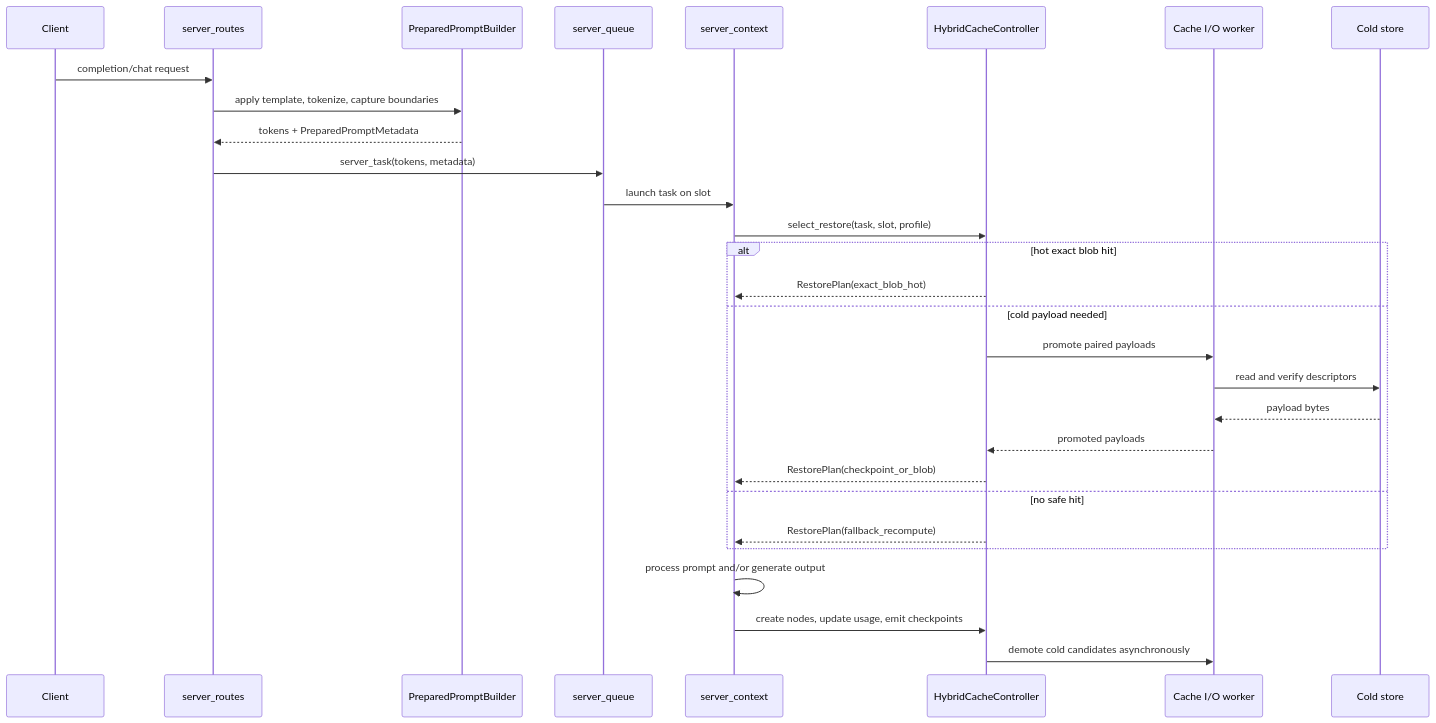
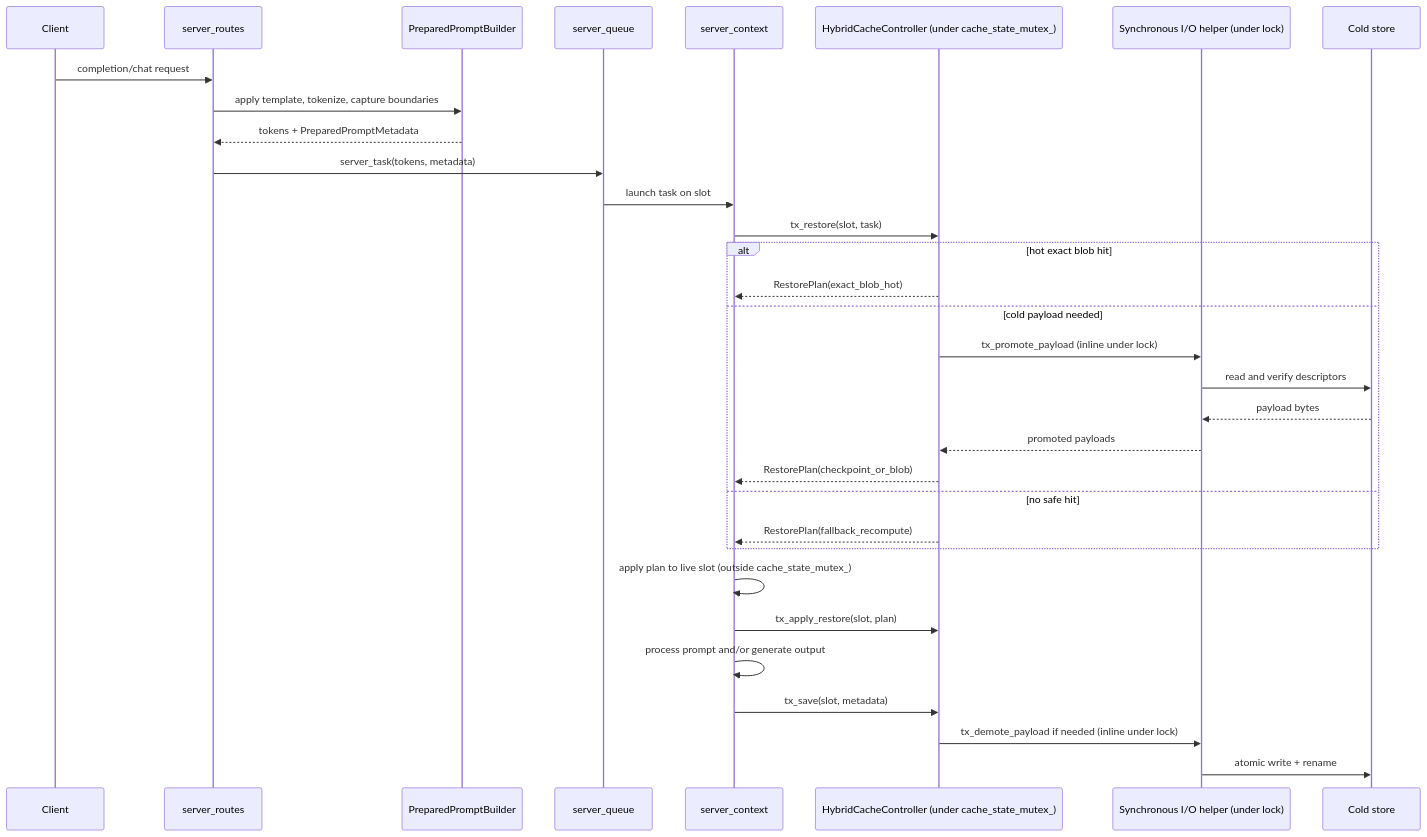
The first of 2 diagrams in ._design_docs/cache-handling-architecture/part-02-restore-and-residency-flow.md (t-jet/llama.cpp-jet), drawn with Mermaid before and after one commit. The commit also changed other lines of this file and 39 other files, not shown here.

````diff
--- a/._design_docs/cache-handling-architecture/part-02-restore-and-residency-flow.md
+++ b/._design_docs/cache-handling-architecture/part-02-restore-and-residency-flow.md
@@ -7,34 +9,38 @@
 ```mermaid
 sequenceDiagram
     participant C as Client
     participant H as server_routes
     participant P as PreparedPromptBuilder
     participant Q as server_queue
     participant S as server_context
-    participant HC as HybridCacheController
-    participant IO as Cache I/O worker
+    participant HC as HybridCacheController (under cache_state_mutex_)
+    participant IO as Synchronous I/O helper (under lock)
     participant CS as Cold store
 
     C->>H: completion/chat request
     H->>P: apply template, tokenize, capture boundaries
     P-->>H: tokens + PreparedPromptMetadata
     H->>Q: server_task(tokens, metadata)
     Q->>S: launch task on slot
-    S->>HC: select_restore(task, slot, profile)
+    S->>HC: tx_restore(slot, task)
 
     alt hot exact blob hit
         HC-->>S: RestorePlan(exact_blob_hot)
     else cold payload needed
-        HC->>IO: promote paired payloads
+        HC->>IO: tx_promote_payload (inline under lock)
         IO->>CS: read and verify descriptors
         CS-->>IO: payload bytes
         IO-->>HC: promoted payloads
         HC-->>S: RestorePlan(checkpoint_or_blob)
     else no safe hit
         HC-->>S: RestorePlan(fallback_recompute)
     end
 
+    S->>S: apply plan to live slot (outside cache_state_mutex_)
+    S->>HC: tx_apply_restore(slot, plan)
+
     S->>S: process prompt and/or generate output
-    S->>HC: create nodes, update usage, emit checkpoints
-    HC->>IO: demote cold candidates asynchronously
+    S->>HC: tx_save(slot, metadata)
+    HC->>IO: tx_demote_payload if needed (inline under lock)
+    IO->>CS: atomic write + rename
 ```
````
